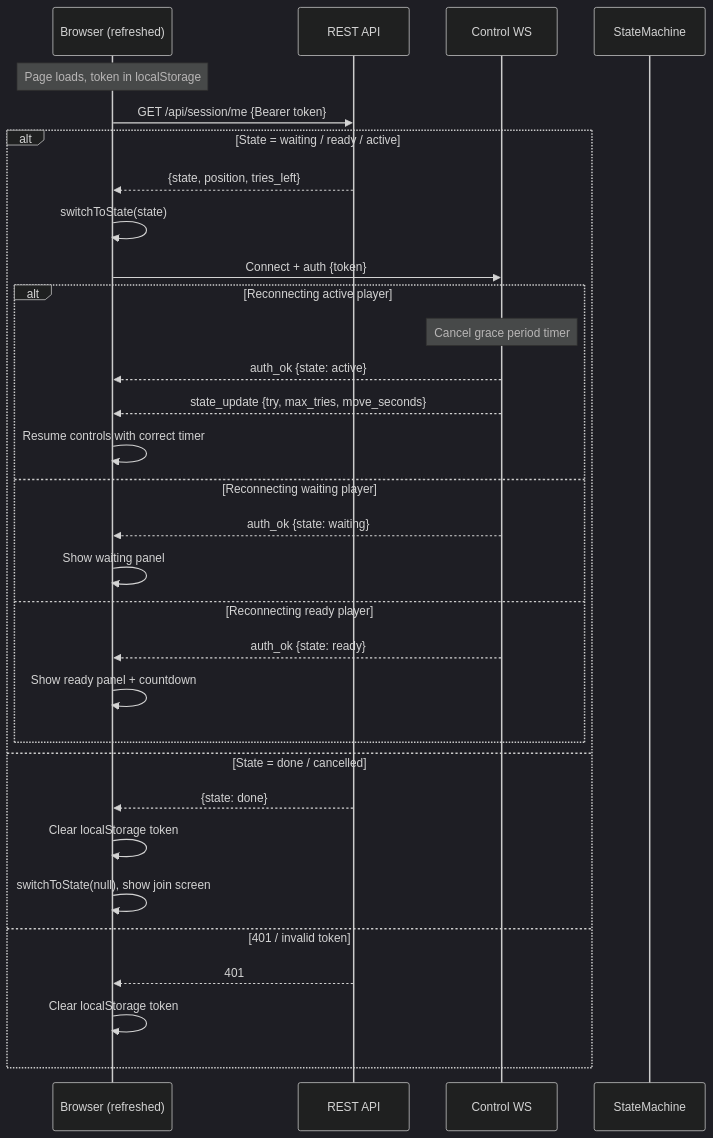
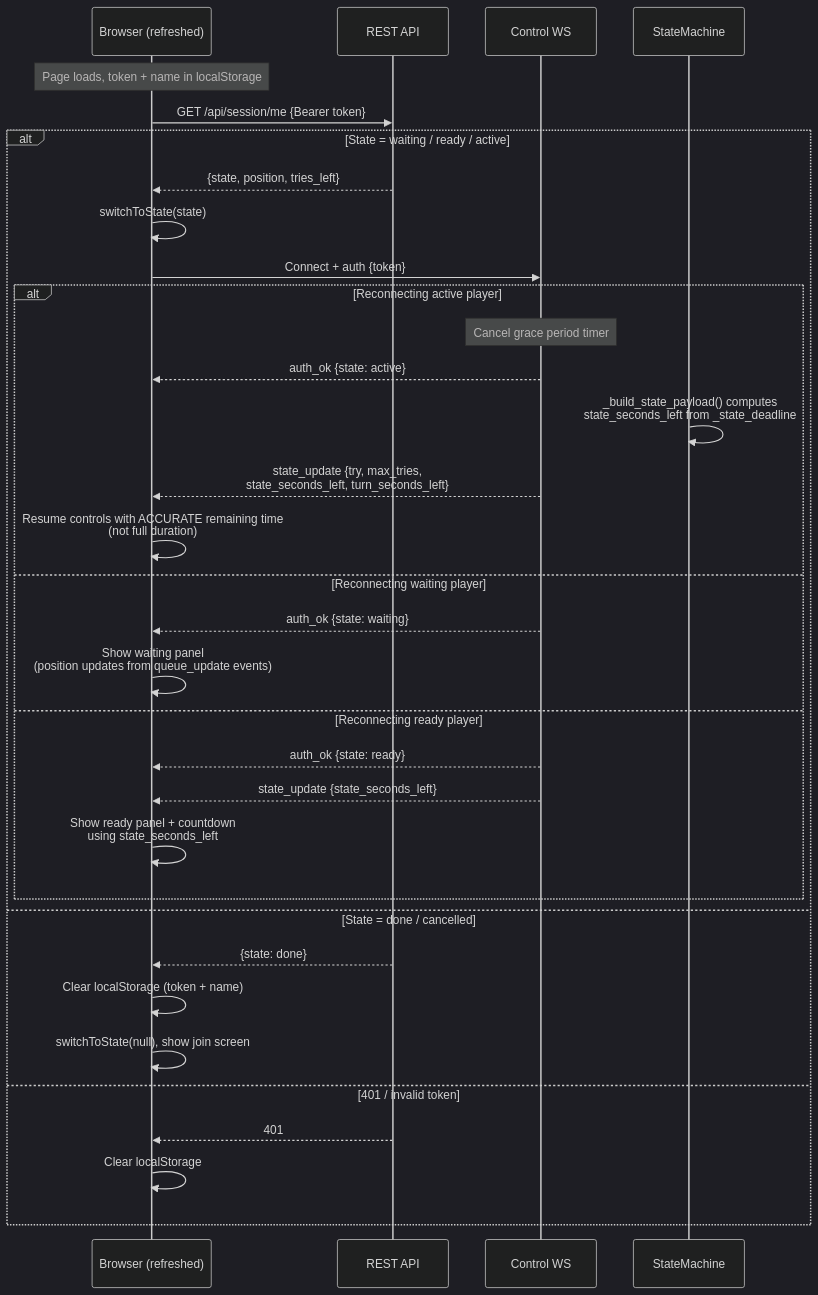
Before and after one commit to morroware/ECLAW: the fifth of 12 diagrams in docs/queue-flow.md, drawn with Mermaid (dark theme). The commit also changed other lines of this file and 2 other files, not shown here.

````diff
--- a/docs/queue-flow.md
+++ b/docs/queue-flow.md
@@ -273,38 +296,40 @@
 ```mermaid
 sequenceDiagram
     participant B as Browser (refreshed)
     participant API as REST API
     participant WS as Control WS
     participant SM as StateMachine
 
-    Note over B: Page loads, token in localStorage
+    Note over B: Page loads, token + name in localStorage
 
     B->>API: GET /api/session/me {Bearer token}
 
     alt State = waiting / ready / active
         API-->>B: {state, position, tries_left}
         B->>B: switchToState(state)
         B->>WS: Connect + auth {token}
 
         alt Reconnecting active player
             Note over WS: Cancel grace period timer
             WS-->>B: auth_ok {state: active}
-            WS-->>B: state_update {try, max_tries, move_seconds}
-            B->>B: Resume controls with correct timer
+            SM->>SM: _build_state_payload() computes<br/>state_seconds_left from _state_deadline
+            WS-->>B: state_update {try, max_tries,<br/>state_seconds_left, turn_seconds_left}
+            B->>B: Resume controls with ACCURATE remaining time<br/>(not full duration)
         else Reconnecting waiting player
             WS-->>B: auth_ok {state: waiting}
-            B->>B: Show waiting panel
+            B->>B: Show waiting panel<br/>(position updates from queue_update events)
         else Reconnecting ready player
             WS-->>B: auth_ok {state: ready}
-            B->>B: Show ready panel + countdown
+            WS-->>B: state_update {state_seconds_left}
+            B->>B: Show ready panel + countdown<br/>using state_seconds_left
         end
 
     else State = done / cancelled
         API-->>B: {state: done}
-        B->>B: Clear localStorage token
+        B->>B: Clear localStorage (token + name)
         B->>B: switchToState(null), show join screen
     else 401 / invalid token
         API-->>B: 401
-        B->>B: Clear localStorage token
+        B->>B: Clear localStorage
     end
 ```
````
